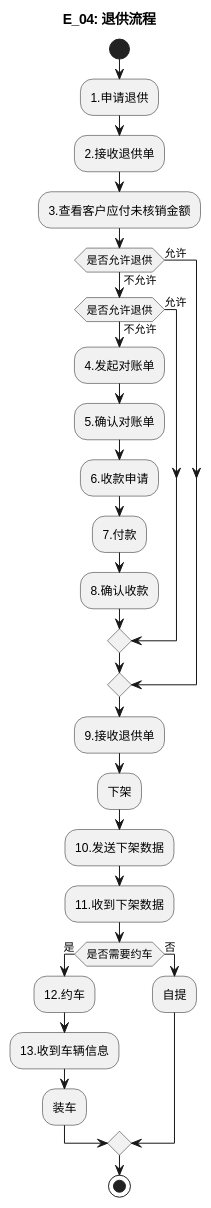
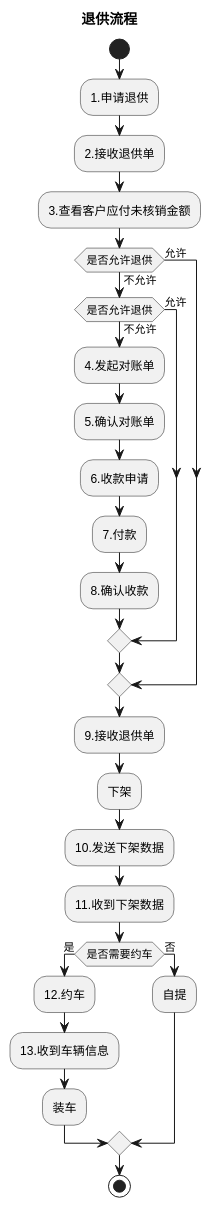
The sixth of 6 diagrams in product-caliber/goldjet/segmented-prd/mainflow/PRD.高捷物流系统一期.主流程.05.跨境电商BC、个人物品CC进口详细流程.md (jack888332/projects-doc), drawn with PlantUML before and after one commit. The commit also changed other lines of this file and 59 other files, not shown here.

````diff
--- a/product-caliber/goldjet/segmented-prd/mainflow/PRD.高捷物流系统一期.主流程.05.跨境电商BC、个人物品CC进口详细流程.md
+++ b/product-caliber/goldjet/segmented-prd/mainflow/PRD.高捷物流系统一期.主流程.05.跨境电商BC、个人物品CC进口详细流程.md
@@ -263,32 +234,32 @@
 ```plantuml
 @startuml
-title E_04: 退供流程
+title 退供流程
 start
 :1.申请退供;
 :2.接收退供单;
 :3.查看客户应付未核销金额;
 if (是否允许退供) then (允许)
 else (不允许)
   if (是否允许退供) then (允许)
   else (不允许)
     :4.发起对账单;
     :5.确认对账单;
     :6.收款申请;
     :7.付款;
     :8.确认收款;
   endif
 endif
 :9.接收退供单;
 :下架;
 :10.发送下架数据;
 :11.收到下架数据;
 if (是否需要约车) then (是)
   :12.约车;
   :13.收到车辆信息;
   :装车;
 else (否)
   :自提;
 endif
 stop
 @enduml
 ```
````
